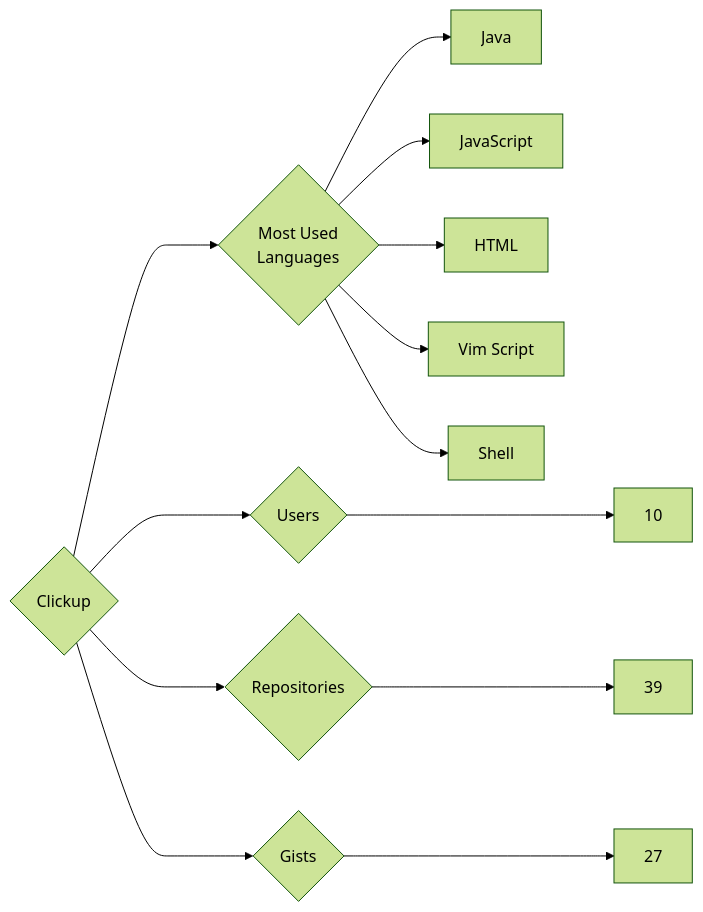
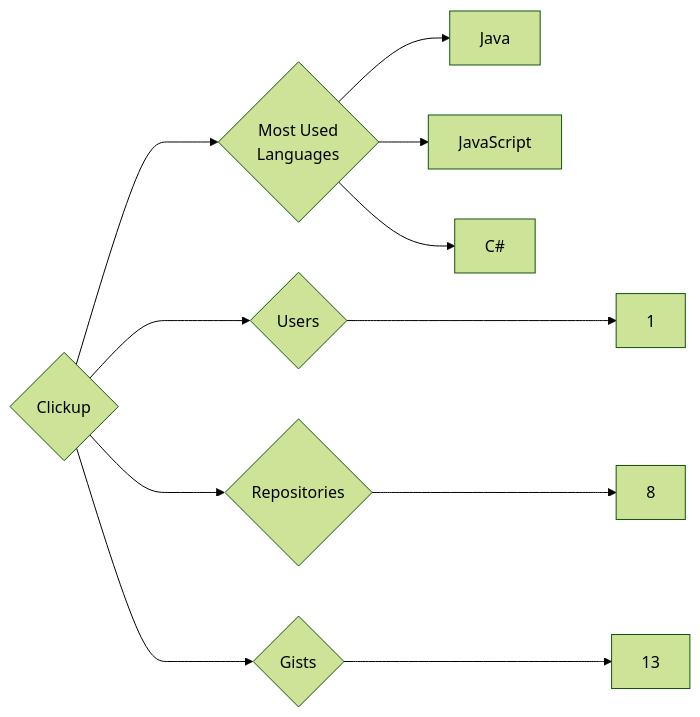
The diagram in targets/Clickup/README.md (trickest/insiders), drawn with Mermaid (forest theme) before and after one commit. The commit also changed 1089 other files, not shown here.

````diff
--- a/targets/Clickup/README.md
+++ b/targets/Clickup/README.md
@@ -3,13 +3,11 @@
 ```mermaid
 graph LR
 COMPANY_NAME{Clickup}
-COMPANY_NAME ---> U{Users} ---> UN[10]
-COMPANY_NAME ---> R{Repositories} ---> RN[39]
-COMPANY_NAME ---> G{Gists} ---> GN[27]
+COMPANY_NAME ---> U{Users} ---> UN[1]
+COMPANY_NAME ---> R{Repositories} ---> RN[8]
+COMPANY_NAME ---> G{Gists} ---> GN[13]
 COMPANY_NAME ---> ML{Most Used<br>Languages}
 ML --> Java[Java]
 ML --> JavaScript[JavaScript]
-ML --> HTML[HTML]
-ML --> Vim_Script[Vim Script]
-ML --> Shell[Shell]
+ML --> C#[C#]
 ```
````
